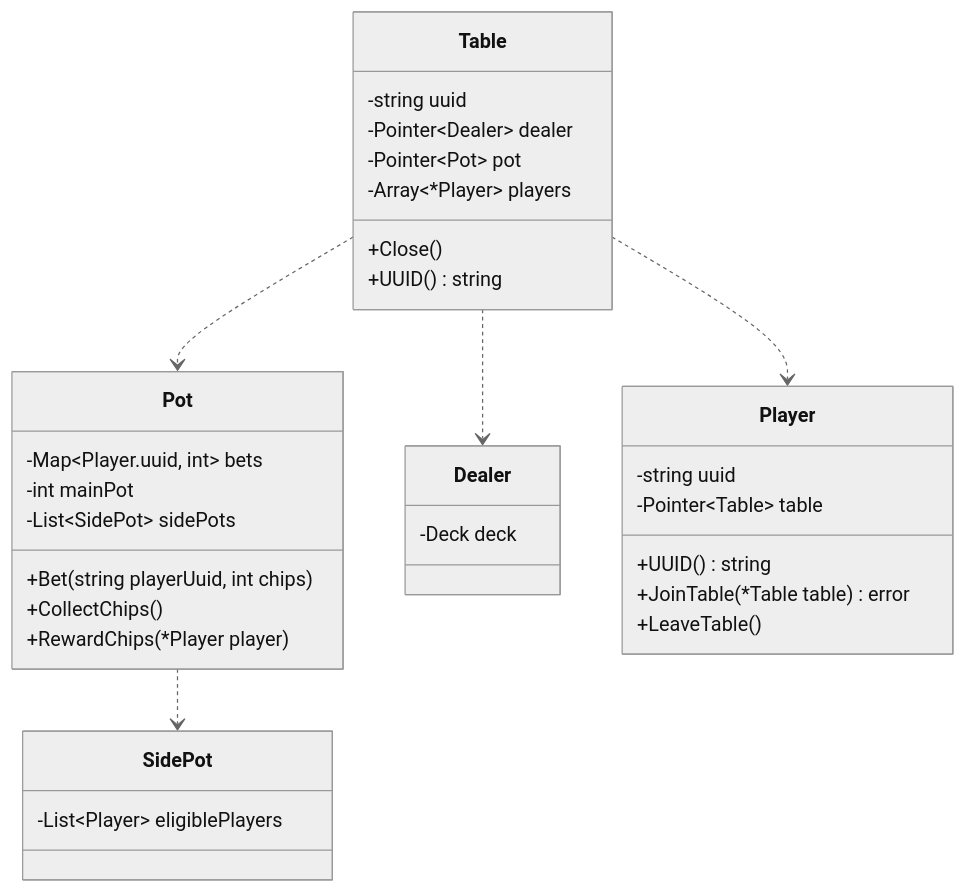
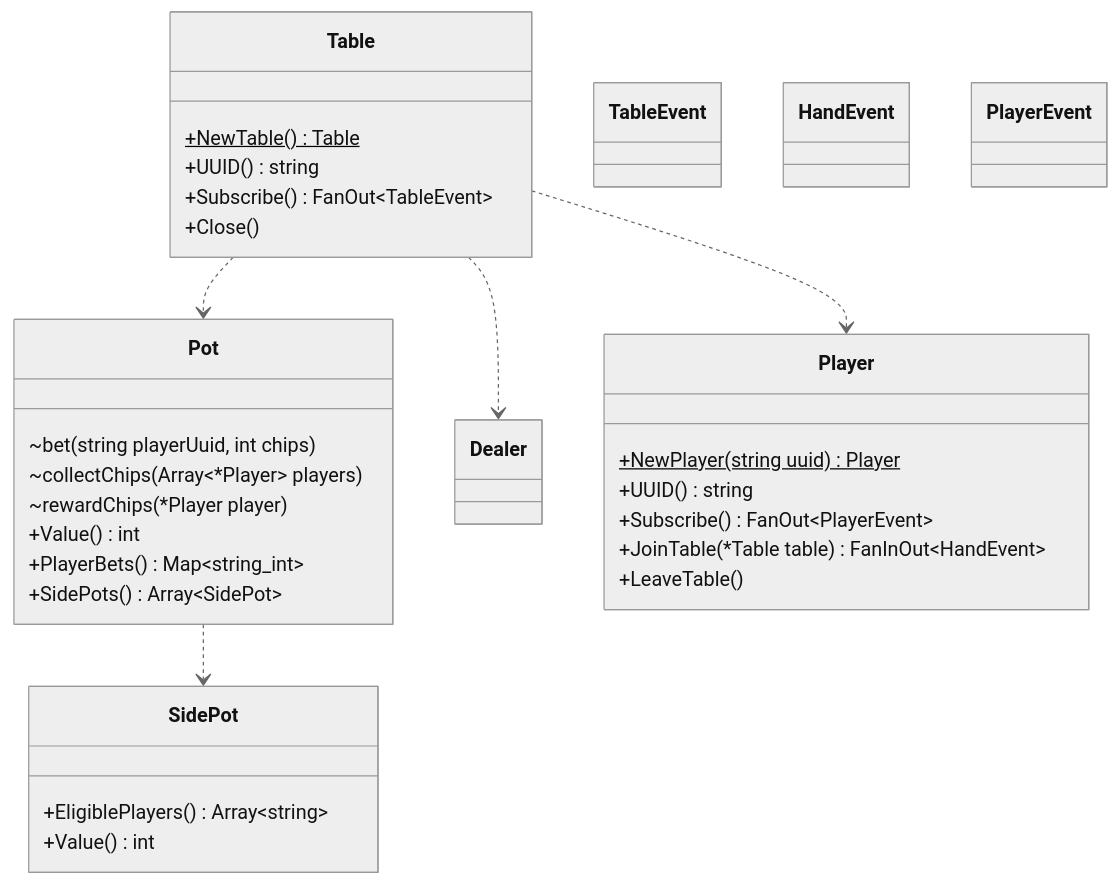
The diagram in docs/INTERFACES.mermaid.md (ethan605/goker), drawn with Mermaid (neutral theme) before and after one commit.

````diff
--- a/docs/INTERFACES.mermaid.md
+++ b/docs/INTERFACES.mermaid.md
@@ -3,44 +3,54 @@
 ```mermaid
 classDiagram
     Table ..> Pot
     Table ..> Dealer
     Table ..> Player
     Pot ..> SidePot
 
+    class TableEvent {
+
+    }
+
+    class HandEvent {
+
+    }
+
+    class PlayerEvent {
+
+    }
+
     class Table {
-        -string uuid
-        -Pointer~Dealer~ dealer
-        -Pointer~Pot~ pot
-        -Array~*Player~ players
+        +NewTable()$ Table
 
+        +UUID() string
+        +Subscribe() FanOut~TableEvent~
         +Close()
-        +UUID() string
     }
 
     class Pot {
-        -Map~Player.uuid, int~ bets
-        -int mainPot
-        -List~SidePot~ sidePots
+        ~bet(string playerUuid, int chips)
+        ~collectChips(Array~*Player~ players)
+        ~rewardChips(*Player player)
 
-        +Bet(string playerUuid, int chips)
-        +CollectChips()
-        +RewardChips(*Player player)
+        +Value() int
+        +PlayerBets() Map~string_int~
+        +SidePots() Array~SidePot~
     }
 
     class SidePot {
-        -List~Player~ eligiblePlayers
+        +EligiblePlayers() Array~string~
+        +Value() int
     }
 
     class Dealer {
-        -Deck deck
     }
 
     class Player {
-        -string uuid
-        -Pointer~Table~ table
+        +NewPlayer(string uuid)$ Player
 
         +UUID() string
-        +JoinTable(*Table table) error
+        +Subscribe() FanOut~PlayerEvent~
+        +JoinTable(*Table table) FanInOut~HandEvent~
         +LeaveTable()
     }
 ```
````
